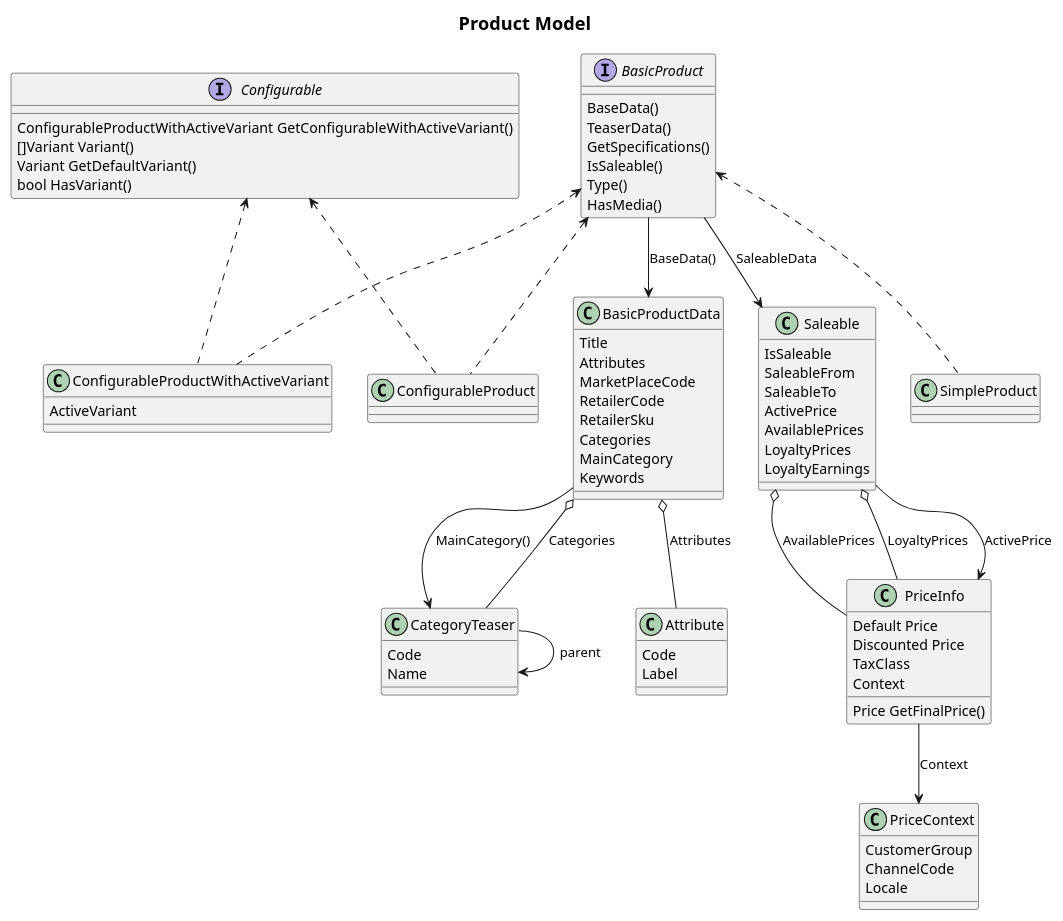
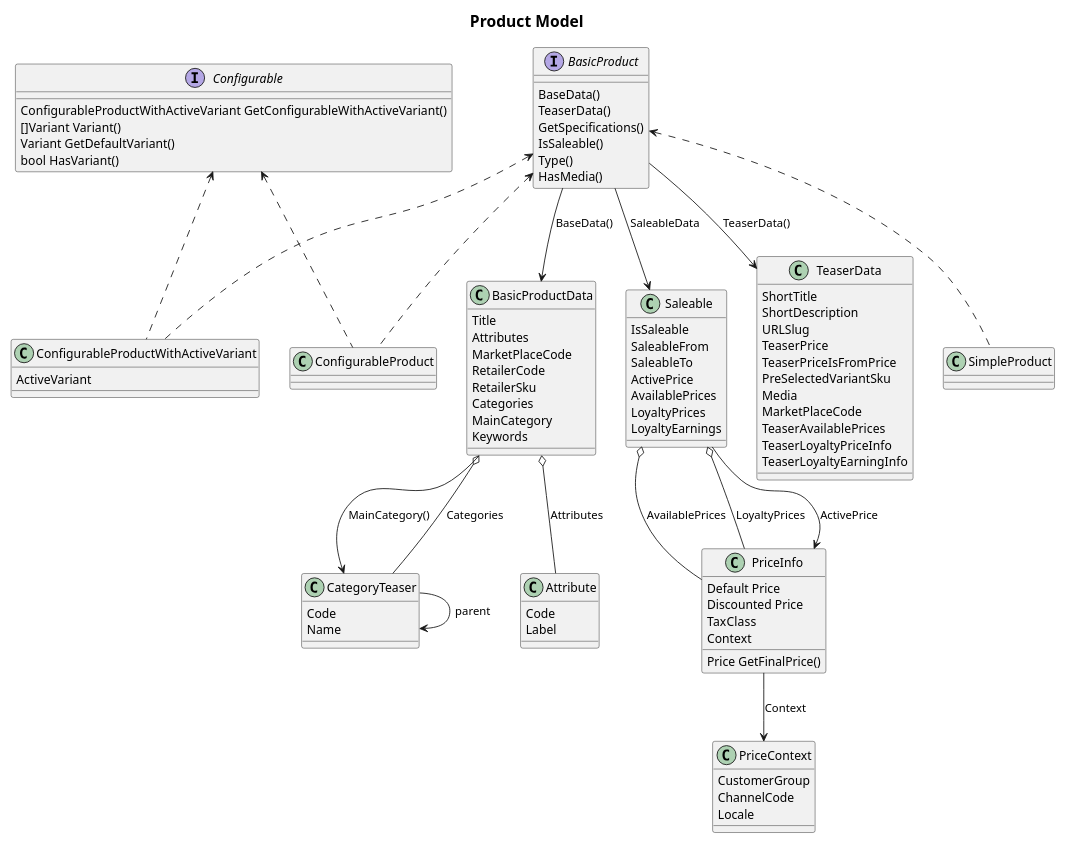
The diagram in product/product_model.puml (i-love-flamingo/flamingo-commerce), drawn with PlantUML before and after one commit. The commit also changed 1 other file, not shown here.

Commit message:
update product_model.puml and product_model.png with new loyalty earnings

```diff
--- a/product/product_model.puml
+++ b/product/product_model.puml
@@ -1,83 +1,97 @@
 @startuml
 scale max 1024 width
 
 title
     = Product Model
 end title
 
 interface BasicProduct {
     BaseData()
     TeaserData()
     GetSpecifications()
     IsSaleable()
     Type()
     HasMedia()
 }
 interface Configurable {
     ConfigurableProductWithActiveVariant GetConfigurableWithActiveVariant()
     []Variant Variant()
     Variant GetDefaultVariant()
     bool HasVariant()
 }
 class ConfigurableProductWithActiveVariant {
     ActiveVariant
 }
 class ConfigurableProduct
 class SimpleProduct
 class BasicProductData {
     Title
     Attributes
     MarketPlaceCode
     RetailerCode
     RetailerSku
     Categories
     MainCategory
     Keywords
 }
 class Saleable {
     IsSaleable
     SaleableFrom
     SaleableTo
     ActivePrice
     AvailablePrices
     LoyaltyPrices
     LoyaltyEarnings
 }
 class PriceInfo {
     Default Price
     Discounted Price
     TaxClass
     Context
     Price GetFinalPrice()
 }
 class PriceContext {
     CustomerGroup
     ChannelCode
     Locale
 }
 class CategoryTeaser {
     Code
     Name
 }
 class Attribute {
     Code
     Label
 }
+class TeaserData {
+    ShortTitle
+    ShortDescription
+    URLSlug
+    TeaserPrice
+    TeaserPriceIsFromPrice
+    PreSelectedVariantSku
+    Media
+    MarketPlaceCode
+    TeaserAvailablePrices
+    TeaserLoyaltyPriceInfo
+    TeaserLoyaltyEarningInfo
+}
 
 BasicProduct --> BasicProductData : BaseData()
+BasicProduct --> TeaserData : TeaserData()
 BasicProduct -down-> Saleable : SaleableData
 BasicProductData --> CategoryTeaser : MainCategory()
 BasicProductData o-- Attribute : Attributes
 CategoryTeaser --o BasicProductData : Categories
 CategoryTeaser --> CategoryTeaser : parent
 ConfigurableProduct .up> BasicProduct
 ConfigurableProduct .up.> Configurable
 ConfigurableProductWithActiveVariant .up.> Configurable
 ConfigurableProductWithActiveVariant .up.> BasicProduct
 SimpleProduct .up.> BasicProduct
 PriceInfo --> PriceContext : Context
 Saleable o-- PriceInfo : AvailablePrices
 Saleable o-- PriceInfo : LoyaltyPrices
 Saleable --> PriceInfo : ActivePrice
 
 @enduml
```
